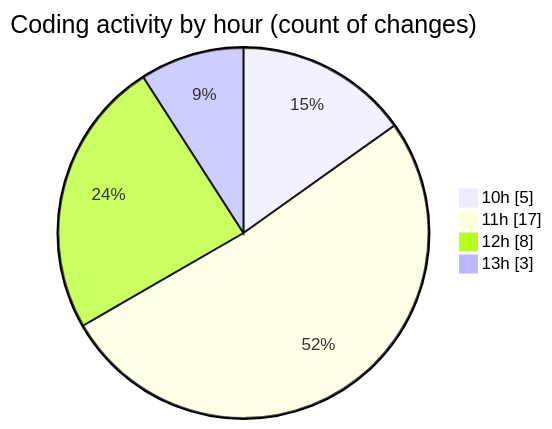
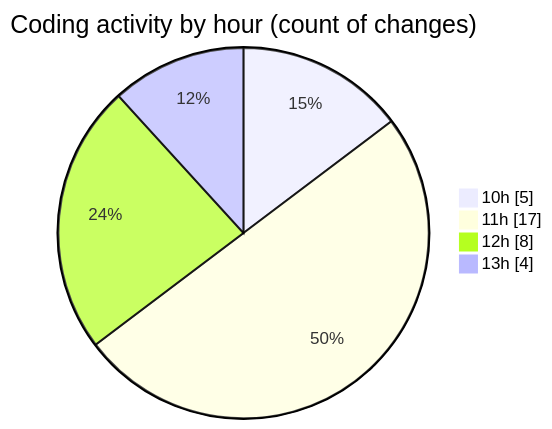
One commit to CELIANVF/code-tracking changed the second of 2 diagrams in 2025-05-05/ecodeli/README.md. Above: the diagram before and after it, drawn with Mermaid. The commit also changed other lines of this file and 1 other file, not shown here.

````diff
--- a/2025-05-05/ecodeli/README.md
+++ b/2025-05-05/ecodeli/README.md
@@ -48,8 +48,8 @@
 ```mermaid
 pie showData
 title Coding activity by hour (count of changes)
 "10h" : 5
 "11h" : 17
 "12h" : 8
-"13h" : 3
+"13h" : 4
 ```
````
